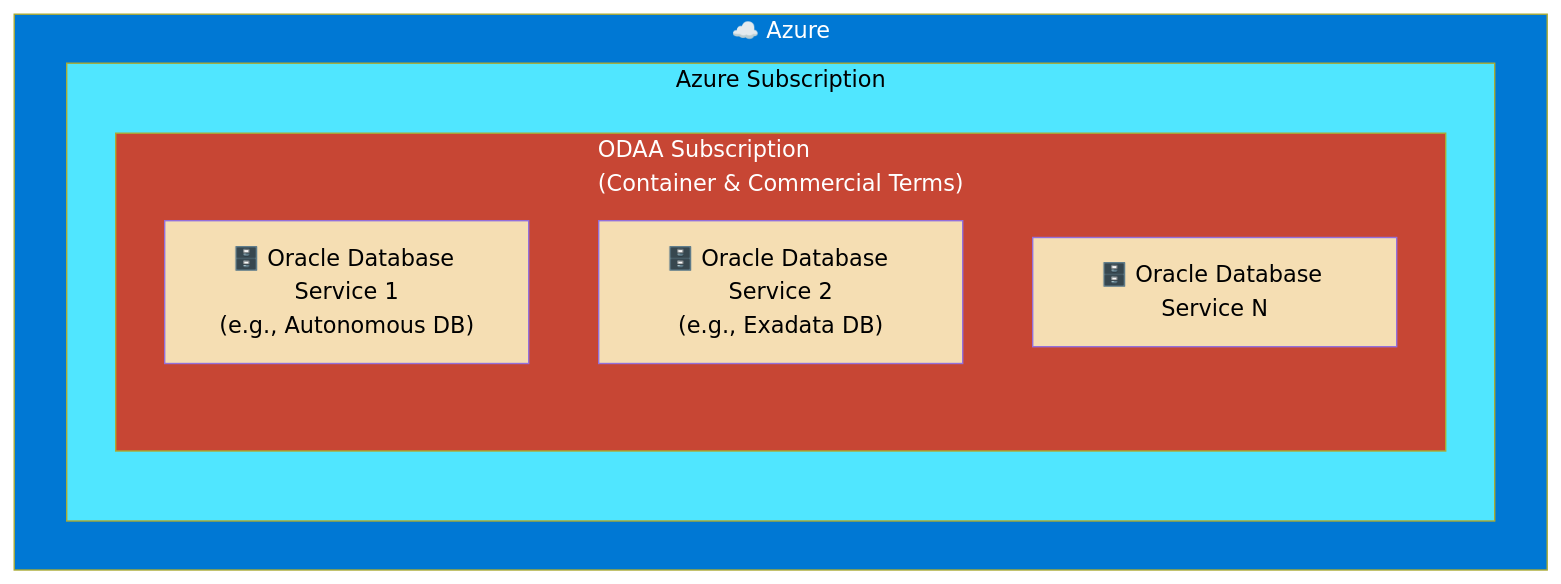
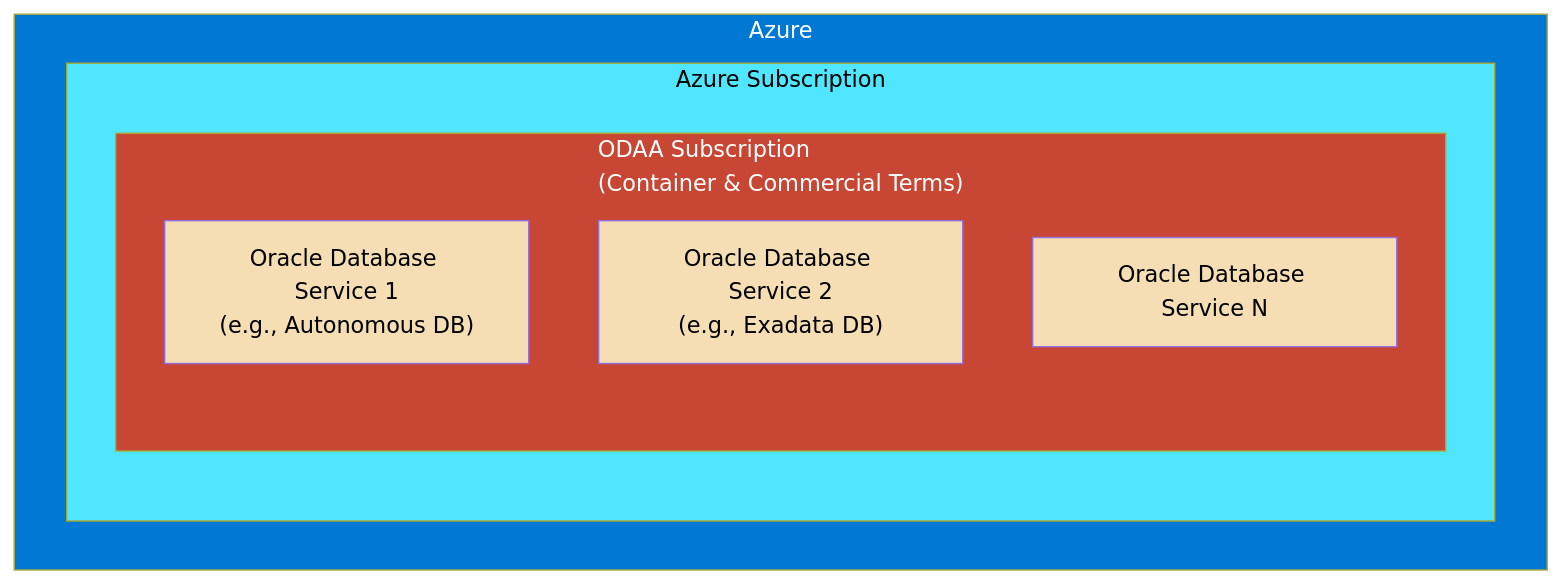
One commit to cpinotossi/msftmh changed the first of 3 diagrams in 03-Azure/01-03-Infrastructure/10_Oracle_on_Azure/walkthrough/create-odaa-subscription/create-odaa-subscription.md. Above: the diagram before and after it, drawn with Mermaid. The commit also changed other lines of this file and 14 other files, not shown here.

````diff
--- a/03-Azure/01-03-Infrastructure/10_Oracle_on_Azure/walkthrough/create-odaa-subscription/create-odaa-subscription.md
+++ b/03-Azure/01-03-Infrastructure/10_Oracle_on_Azure/walkthrough/create-odaa-subscription/create-odaa-subscription.md
@@ -17,19 +17,19 @@
 ```mermaid
 flowchart TB
-    subgraph Azure["☁️ Azure"]
+    subgraph Azure[" Azure"]
         subgraph AzureSub["Azure Subscription"]
             subgraph ODAAS["ODAA Subscription<br/>(Container & Commercial Terms)"]
-                DB1["🗄️ Oracle Database Service 1<br/>(e.g., Autonomous DB)"]
-                DB2["🗄️ Oracle Database Service 2<br/>(e.g., Exadata DB)"]
-                DB3["🗄️ Oracle Database Service N"]
+                DB1[" Oracle Database Service 1<br/>(e.g., Autonomous DB)"]
+                DB2[" Oracle Database Service 2<br/>(e.g., Exadata DB)"]
+                DB3[" Oracle Database Service N"]
             end
         end
     end
 
     style Azure fill:#0078D4,color:#fff
     style AzureSub fill:#50E6FF,color:#000
     style ODAAS fill:#C74634,color:#fff
     style DB1 fill:#F5DEB3,color:#000
     style DB2 fill:#F5DEB3,color:#000
     style DB3 fill:#F5DEB3,color:#000
 ```
````
